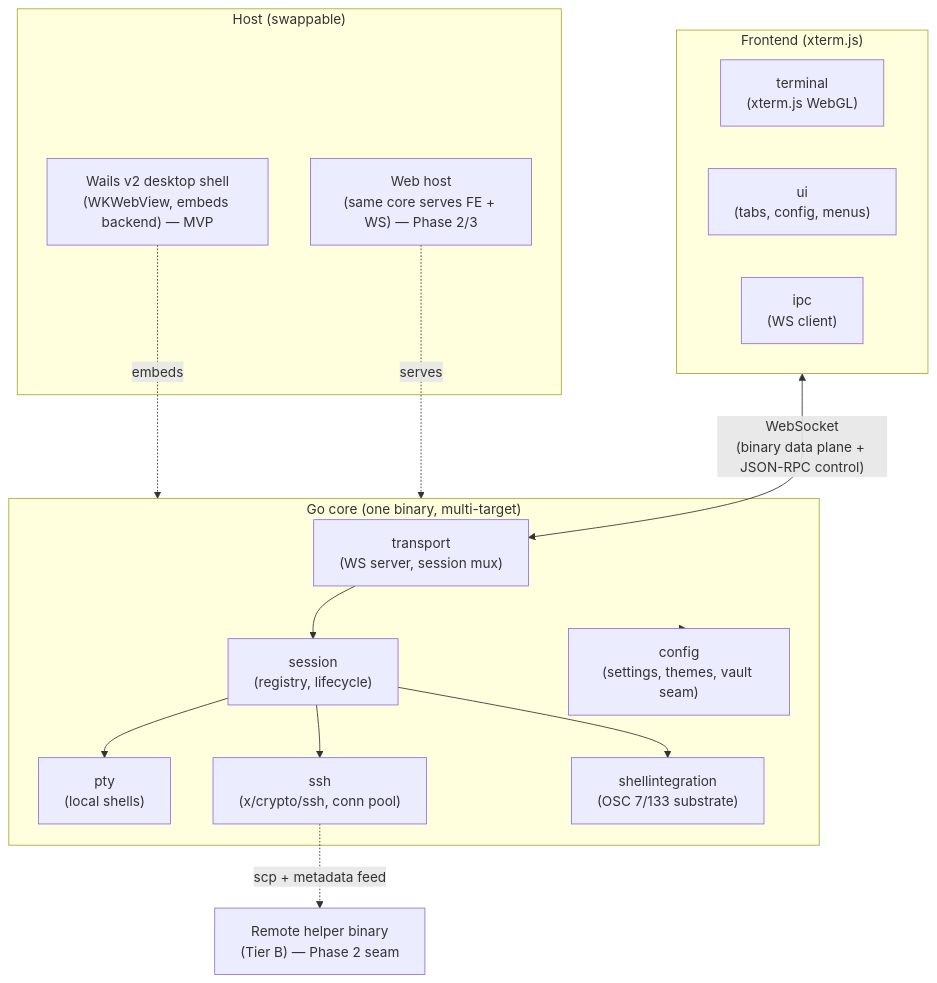
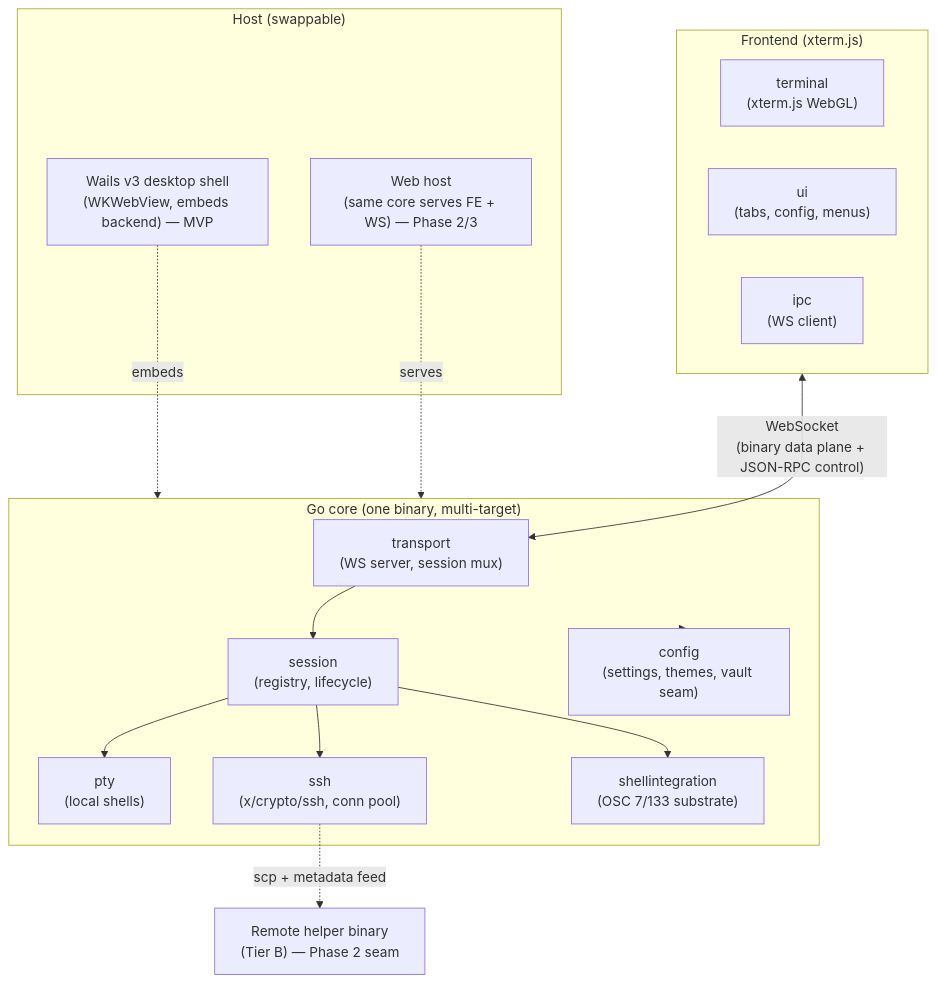
Before and after one commit to avlokhturov/nocx: the first of 2 diagrams in docs/architecture.md, drawn with Mermaid. The commit also changed other lines of this file and 2 other files, not shown here.

First line of the commit message:
docs: the shell is v3 and the macOS build is signed, which three documents denied (nocx-ff9iw)

````diff
--- a/docs/architecture.md
+++ b/docs/architecture.md
@@ -16,34 +16,34 @@
 ```mermaid
 graph TB
     subgraph host["Host (swappable)"]
-        wails["Wails v2 desktop shell<br/>(WKWebView, embeds backend) — MVP"]
+        wails["Wails v3 desktop shell<br/>(WKWebView, embeds backend) — MVP"]
         webhost["Web host<br/>(same core serves FE + WS) — Phase 2/3"]
     end
 
     subgraph fe["Frontend (xterm.js)"]
         terminal["terminal<br/>(xterm.js WebGL)"]
         ui["ui<br/>(tabs, config, menus)"]
         ipc["ipc<br/>(WS client)"]
     end
 
     subgraph core["Go core (one binary, multi-target)"]
         transport["transport<br/>(WS server, session mux)"]
         session["session<br/>(registry, lifecycle)"]
         pty["pty<br/>(local shells)"]
         ssh["ssh<br/>(x/crypto/ssh, conn pool)"]
         config["config<br/>(settings, themes, vault seam)"]
         shellint["shellintegration<br/>(OSC 7/133 substrate)"]
     end
 
     remote["Remote helper binary<br/>(Tier B) — Phase 2 seam"]
 
     wails -.embeds.-> core
     webhost -.serves.-> core
     fe <-->|"WebSocket<br/>(binary data plane + JSON-RPC control)"| transport
     transport --> session
     session --> pty
     session --> ssh
     session --> shellint
     core --> config
     ssh -.->|"scp + metadata feed"| remote
 ```
````
